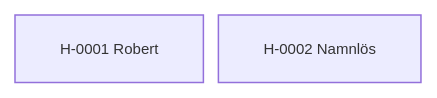
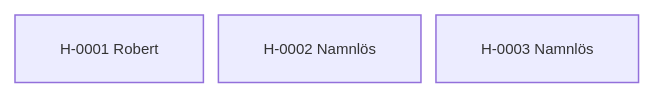
The diagram in content/02. Register/02.3 Stamtavlor/Fristående hästar.md (awoltmp/horse-registry), drawn with Mermaid before and after one commit. The commit also changed other lines of this file and 25 other files, not shown here.

````diff
--- a/content/02. Register/02.3 Stamtavlor/Fristående hästar.md
+++ b/content/02. Register/02.3 Stamtavlor/Fristående hästar.md
@@ -23,7 +23,8 @@
 ```mermaid
 %%{init: {"flowchart": {"nodeSpacing": 10, "rankSpacing": 18, "curve": "basis", "htmlLabels": true}, "themeVariables": {"fontSize": "10px"}}}%%
 flowchart TB
     h0["H-0001 Robert"]
     h1["H-0002 Namnlös"]
-    class h0,h1 internal-link;
+    h2["H-0003 Namnlös"]
+    class h0,h1,h2 internal-link;
 ```
````
